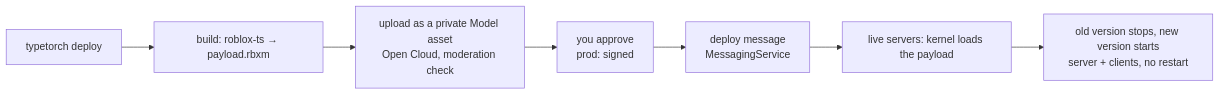
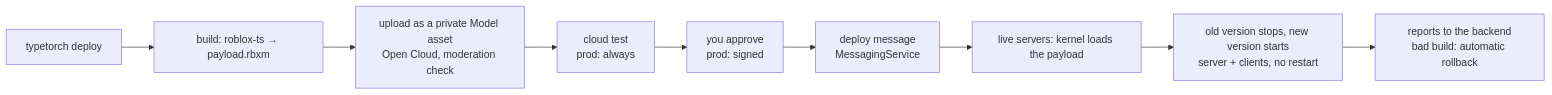
One commit to typetorch/.github changed the diagram in profile/README.md. Above: the diagram before and after it, drawn with Mermaid. The commit also changed other lines of this file, not shown here.

First line of the commit message:
README: hot assets, analytics and the backend, not only hot-swapped code

````diff
--- a/profile/README.md
+++ b/profile/README.md
@@ -50,9 +62,11 @@
 ```mermaid
 flowchart LR
     A[typetorch deploy] --> B[build: roblox-ts → payload.rbxm]
     B --> C[upload as a private Model asset<br/>Open Cloud, moderation check]
-    C --> D[you approve<br/>prod: signed]
+    C --> T[cloud test<br/>prod: always]
+    T --> D[you approve<br/>prod: signed]
     D --> E[deploy message<br/>MessagingService]
     E --> F[live servers: kernel loads the payload]
     F --> G[old version stops, new version starts<br/>server + clients, no restart]
+    G --> R[reports to the backend<br/>bad build: automatic rollback]
 ```
````
